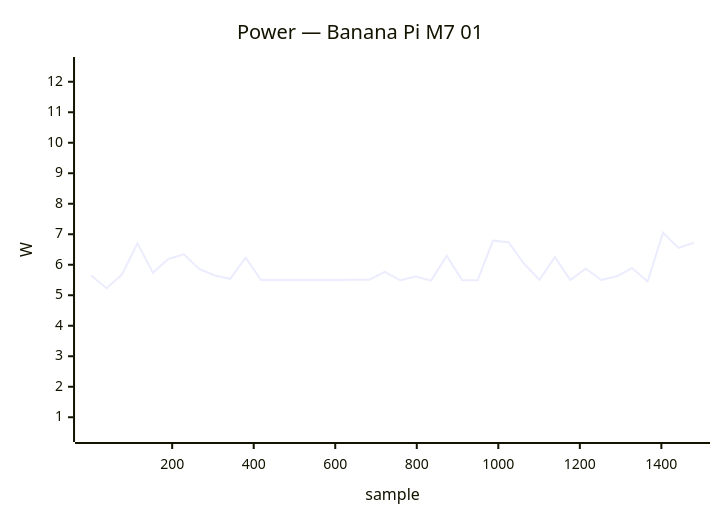
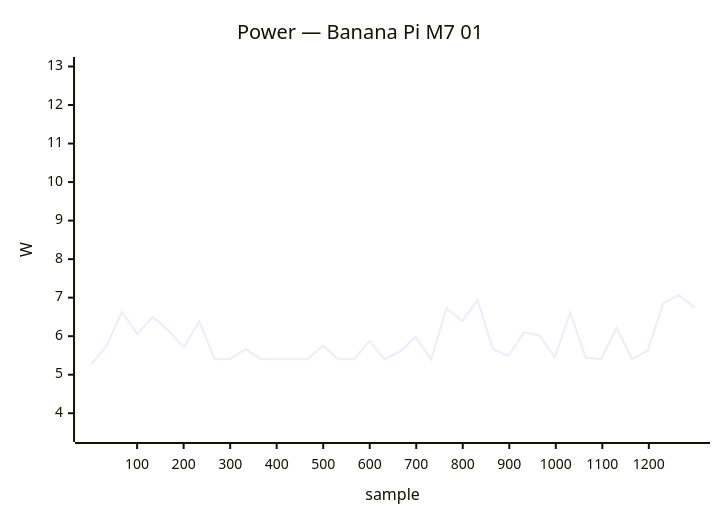
The seventh of 33 diagrams in docs/status/board-tests.md (armbian/documentation), drawn with Mermaid before and after one commit. The commit also changed other lines of this file, not shown here.

````diff
--- a/docs/status/board-tests.md
+++ b/docs/status/board-tests.md
@@ -349,7 +348,7 @@
 ```mermaid
 xychart-beta
     title "Power — Banana Pi M7 01"
-    x-axis "sample" 1 --> 1480
-    y-axis "W" 0.5 --> 12.5
-    line [5.65, 5.23, 5.68, 6.70, 5.74, 6.19, 6.34, 5.86, 5.65, 5.54, 6.23, 5.50, 5.50, 5.50, 5.50, 5.50, 5.50, 5.51, 5.51, 5.77, 5.49, 5.61, 5.48, 6.29, 5.50, 5.49, 6.79, 6.74, 6.04, 5.50, 6.25, 5.50, 5.88, 5.50, 5.62, 5.89, 5.45, 7.05, 6.55, 6.72]
+    x-axis "sample" 1 --> 1297
+    y-axis "W" 3.5 --> 13.0
+    line [5.27, 5.75, 6.63, 6.06, 6.50, 6.15, 5.71, 6.38, 5.40, 5.41, 5.66, 5.41, 5.40, 5.40, 5.40, 5.75, 5.40, 5.40, 5.87, 5.40, 5.61, 5.98, 5.40, 6.73, 6.39, 6.94, 5.66, 5.49, 6.10, 6.02, 5.45, 6.61, 5.44, 5.41, 6.21, 5.41, 5.62, 6.85, 7.07, 6.75]
 ```
````
